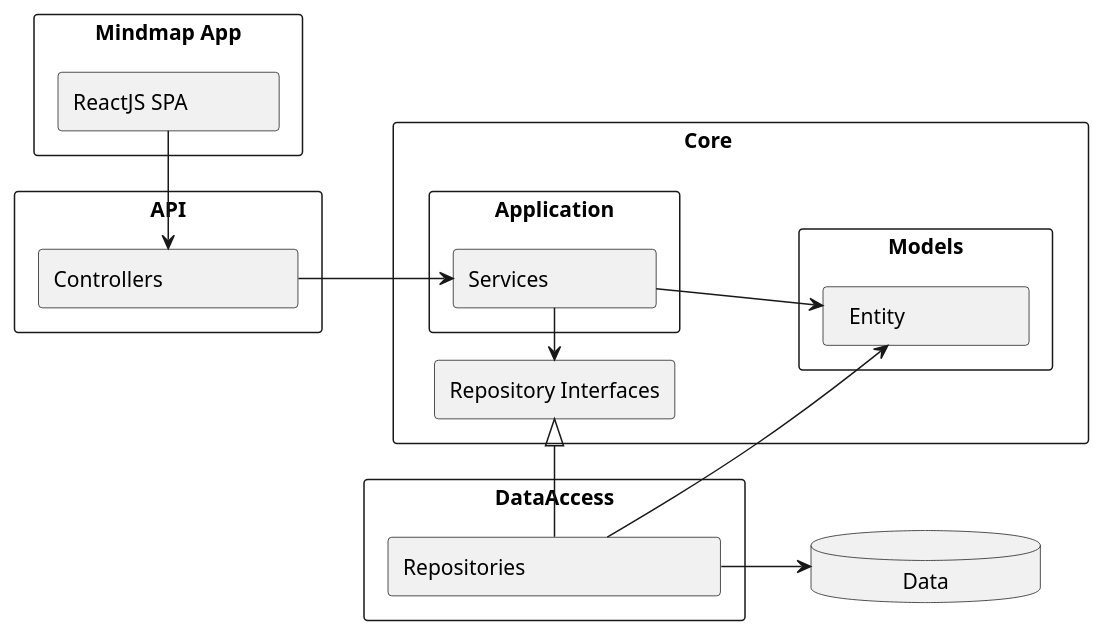
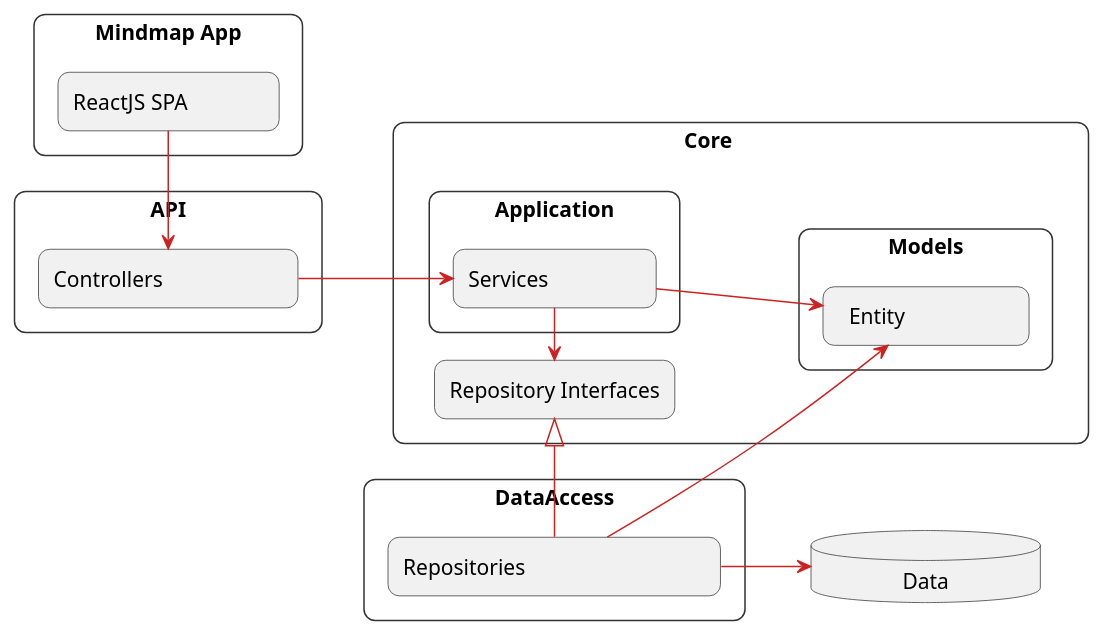
One commit to magnusnorvik/CreazaMindmapApplication changed the diagram in UML/System/MindmapSystem.puml. Above: the diagram before and after it, drawn with PlantUML. The commit also changed 5 other files, not shown here.

Commit message:
Added more UML for FrontEnd

```diff
--- a/UML/System/MindmapSystem.puml
+++ b/UML/System/MindmapSystem.puml
@@ -1,48 +1,60 @@
 @startuml
 left to right direction
+
+skinparam database {
+    BorderColor #333
+}
+
+skinparam rectangle {
+    BorderColor #333
+}
+
+skinparam ArrowColor #C22
+skinparam roundcorner 15
+
 rectangle "Mindmap App" {
     rectangle "ReactJS SPA              " as app
 }
 
 rectangle "API" {
     rectangle "Controllers                      " as cntrl1
 }
 
 
 rectangle DataAccess  {
     rectangle "Repositories                                 " as repo1
 }
 
 rectangle "Core            " {
     rectangle "Application" {
         rectangle "Services                 "  as serv1
     }
 
 
     rectangle Models {
         rectangle "  Entity                    " as ent1
     }
 
     rectangle "Repository Interfaces"  as IRepo{
     }
 }
 
 database "              Data              " as data {
 }
 
 app -left-> cntrl1
 
 cntrl1 --> serv1
 
 serv1 -down-> ent1
 
 
 serv1 -left-> IRepo
 
 repo1 -left-|> IRepo
 
 repo1 --> ent1
 
 repo1 --> data
 
 @enduml
```
